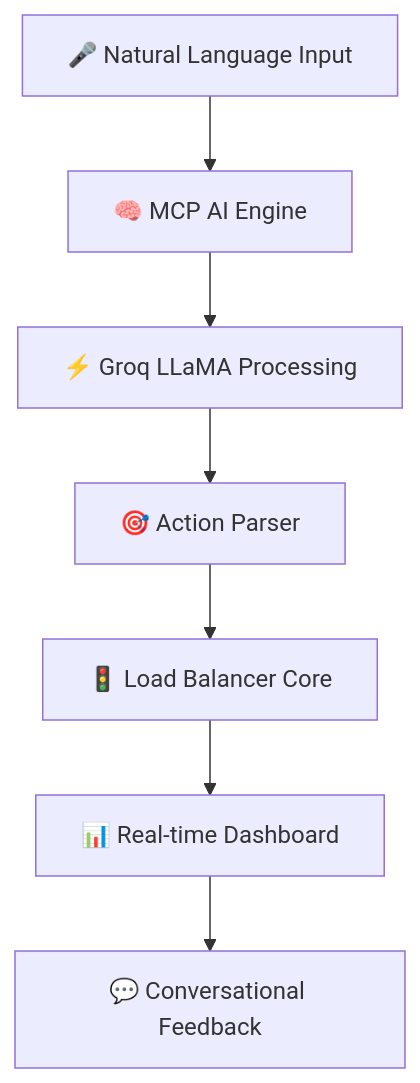
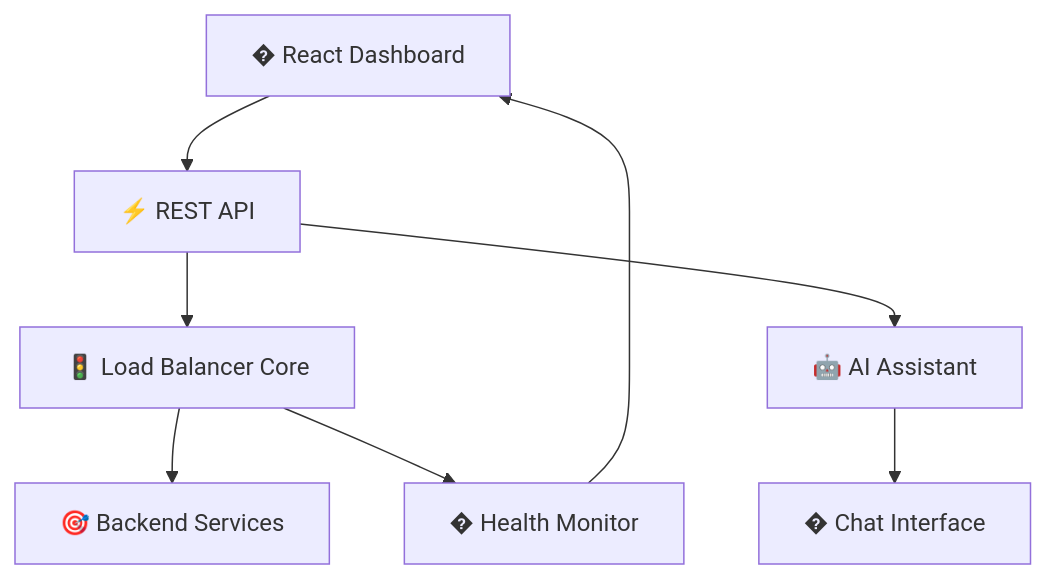
One commit to sabarim6369/Flexi-LB changed the diagram in README.md. Above: the diagram before and after it, drawn with Mermaid. The commit also changed other lines of this file and 3 other files, not shown here.

````diff
--- a/README.md
+++ b/README.md
@@ -62,9 +74,10 @@
 ```mermaid
 graph TB
-    A[🎤 Natural Language Input] --> B[🧠 MCP AI Engine]
-    B --> C[⚡ Groq LLaMA Processing]
-    C --> D[🎯 Action Parser]
-    D --> E[🚦 Load Balancer Core]
-    E --> F[📊 Real-time Dashboard]
-    F --> G[💬 Conversational Feedback]
+    A[� React Dashboard] --> B[⚡ REST API]
+    B --> C[🚦 Load Balancer Core]
+    C --> D[🎯 Backend Services]
+    B --> E[🤖 AI Assistant]
+    E --> F[� Chat Interface]
+    C --> G[� Health Monitor]
+    G --> A
 ```
````
